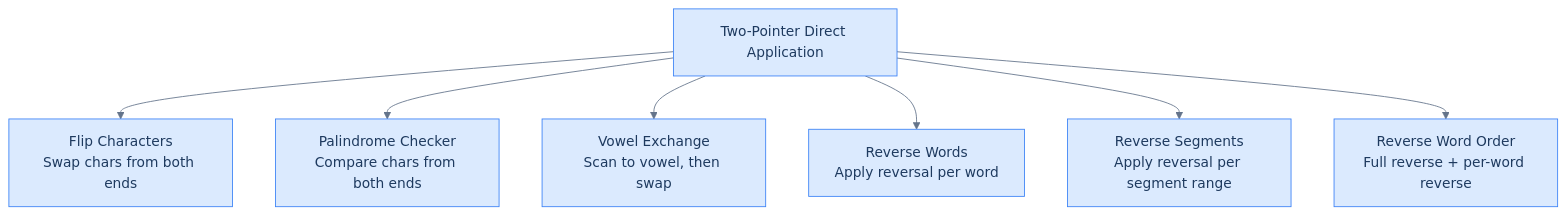
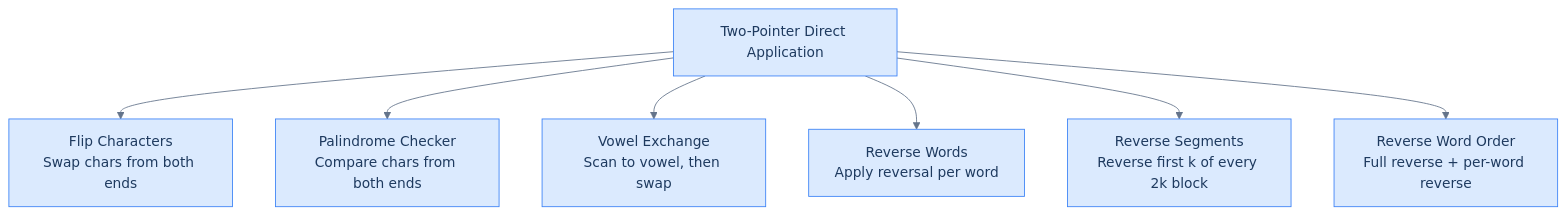
Before and after one commit to ani2fun/codefolio: diagram 15 of 15 in content/cortex/data-structures-and-algorithms/02-linear-structures/01-arrays/03-pattern-two-pointers.md, drawn with Mermaid. The commit also changed other lines of this file, not shown here.

First line of the commit message:
dsa: swap two-pointers "Reverse Segments" lesson to the 2k-group reversal problem

````diff
--- a/content/cortex/data-structures-and-algorithms/02-linear-structures/01-arrays/03-pattern-two-pointers.md
+++ b/content/cortex/data-structures-and-algorithms/02-linear-structures/01-arrays/03-pattern-two-pointers.md
@@ -2798,28 +2852,28 @@
 ```mermaid
 ---
 config:
   theme: base
   themeVariables:
     primaryColor: "#dbeafe"
     primaryBorderColor: "#3b82f6"
     primaryTextColor: "#1e3a5f"
     lineColor: "#64748b"
     secondaryColor: "#ede9fe"
     tertiaryColor: "#fef9c3"
 ---
 flowchart TB
   TP["Two-Pointer Direct Application"]
   FC["Flip Characters<br/>Swap chars from both ends"]
   PC["Palindrome Checker<br/>Compare chars from both ends"]
   VE["Vowel Exchange<br/>Scan to vowel, then swap"]
   RW["Reverse Words<br/>Apply reversal per word"]
-  RS["Reverse Segments<br/>Apply reversal per segment range"]
+  RS["Reverse Segments<br/>Reverse first k of every 2k block"]
   RWO["Reverse Word Order<br/>Full reverse + per-word reverse"]
 
   TP --> FC
   TP --> PC
   TP --> VE
   TP --> RW
   TP --> RS
   TP --> RWO
 ```
````
